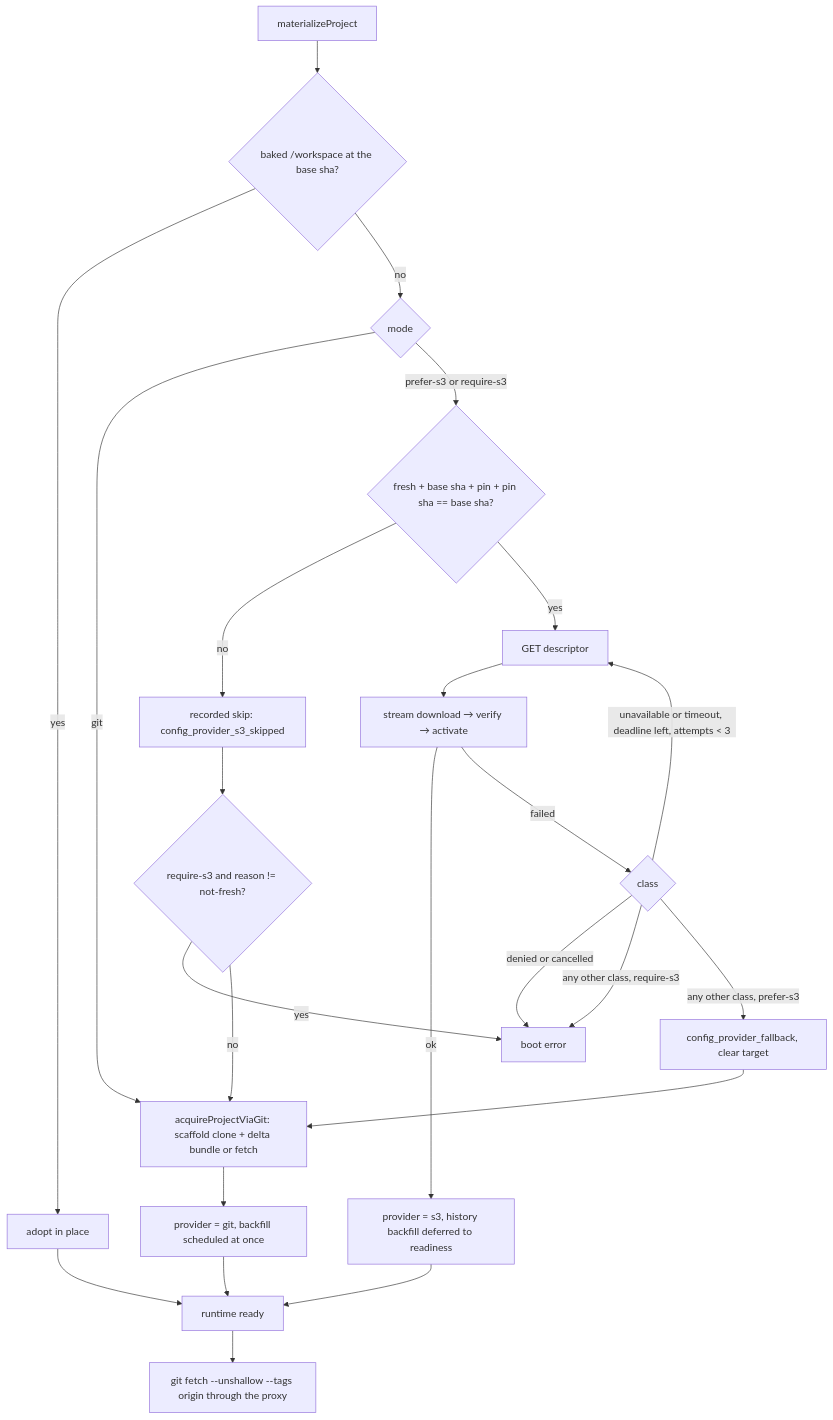
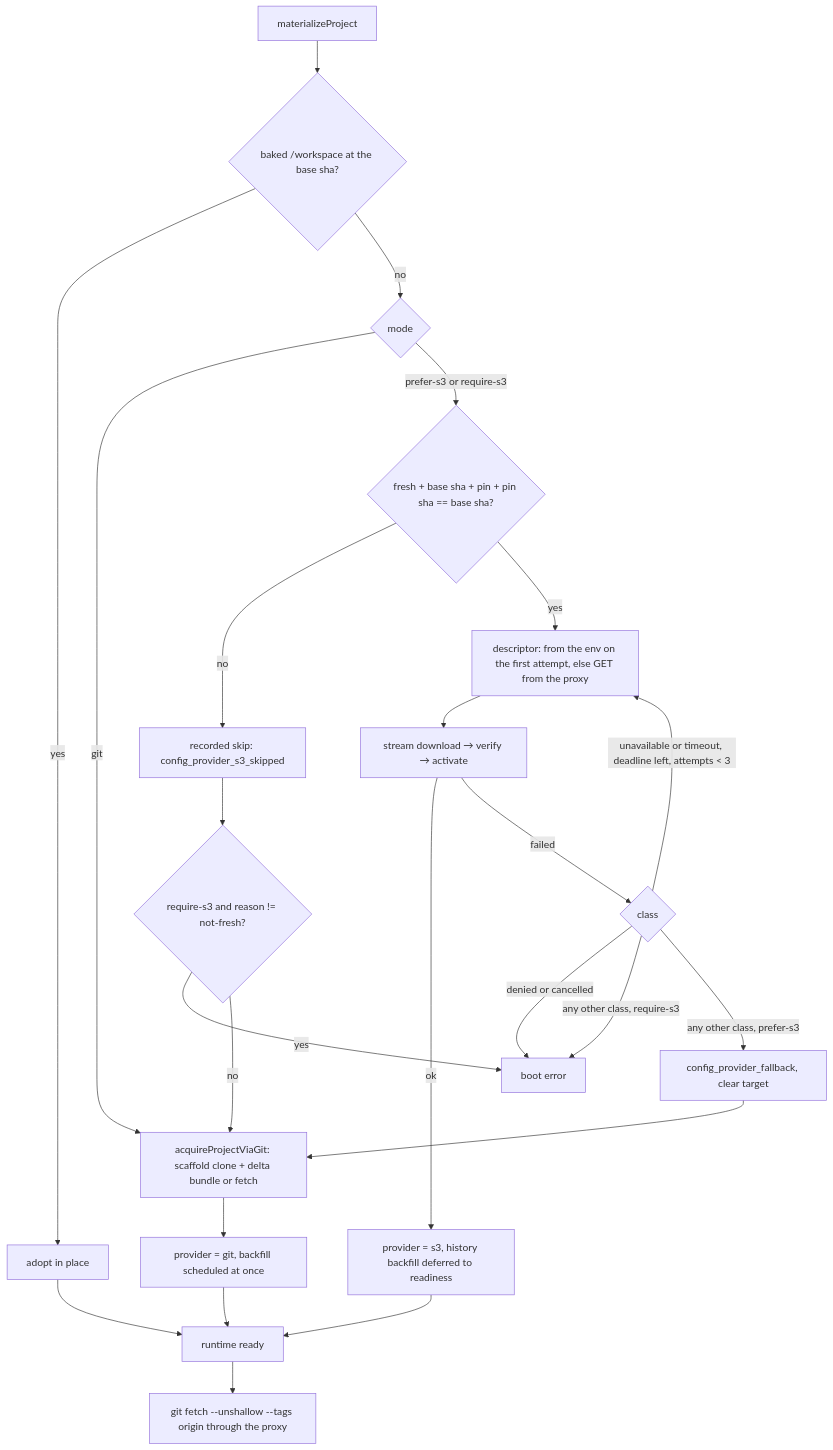
The second of 3 diagrams in docs/runbooks/project-snapshot-s3.md (kortix-ai/suna), drawn with Mermaid before and after one commit. The commit also changed other lines of this file and 14 other files, not shown here.

````diff
--- a/docs/runbooks/project-snapshot-s3.md
+++ b/docs/runbooks/project-snapshot-s3.md
@@ -108,25 +110,25 @@
 ```mermaid
 flowchart TD
     A[materializeProject] --> B{baked /workspace at the base sha?}
     B -- yes --> W[adopt in place]
     B -- no --> C{mode}
     C -- git --> G[acquireProjectViaGit: scaffold clone + delta bundle or fetch]
     C -- prefer-s3 or require-s3 --> E{fresh + base sha + pin + pin sha == base sha?}
     E -- no --> SK[recorded skip: config_provider_s3_skipped]
     SK --> G2{require-s3 and reason != not-fresh?}
     G2 -- yes --> F[boot error]
     G2 -- no --> G
-    E -- yes --> DSC[GET descriptor]
+    E -- yes --> DSC[descriptor: from the env on the first attempt, else GET from the proxy]
     DSC --> DL[stream download → verify → activate]
     DL -- ok --> S[provider = s3, history backfill deferred to readiness]
     DL -- failed --> CL{class}
     CL -- unavailable or timeout, deadline left, attempts < 3 --> DSC
     CL -- denied or cancelled --> F
     CL -- any other class, require-s3 --> F
     CL -- any other class, prefer-s3 --> FB[config_provider_fallback, clear target] --> G
     G --> R[provider = git, backfill scheduled at once]
     S --> RD[runtime ready]
     R --> RD
     W --> RD
     RD --> HB[git fetch --unshallow --tags origin through the proxy]
 ```
````
